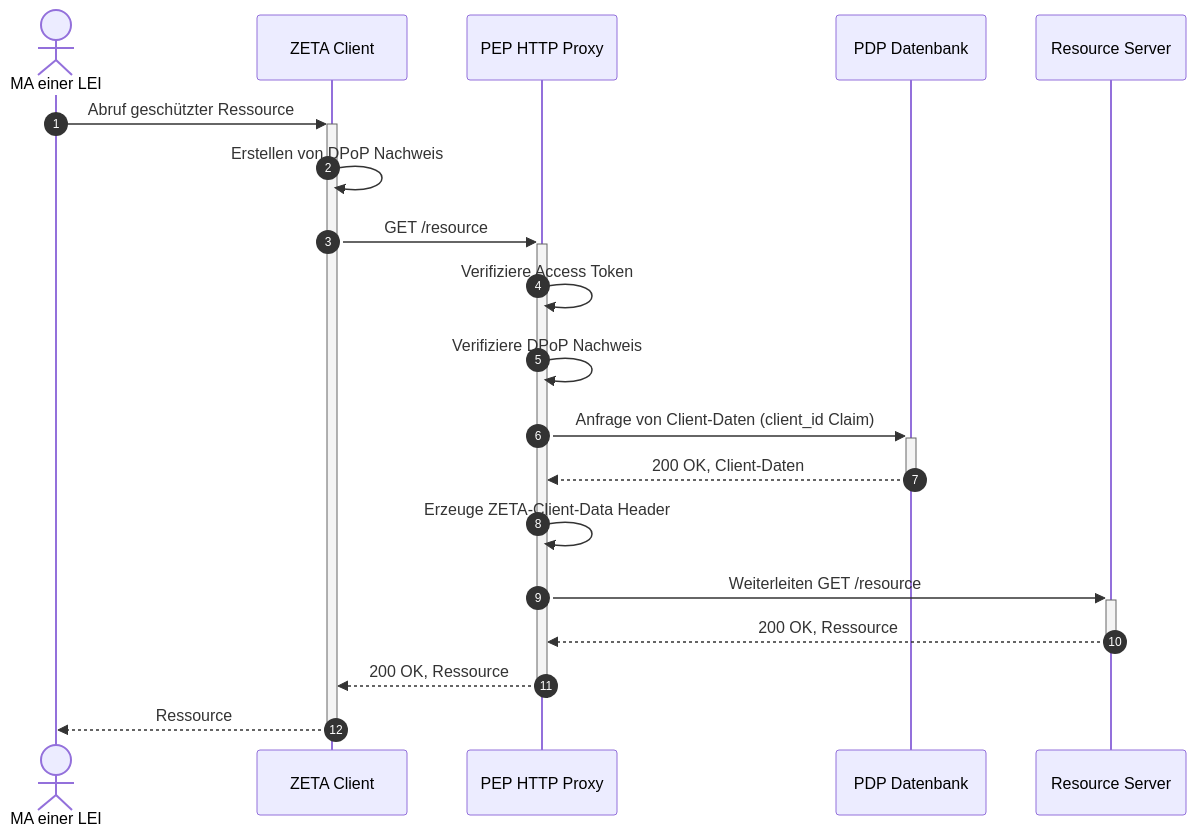
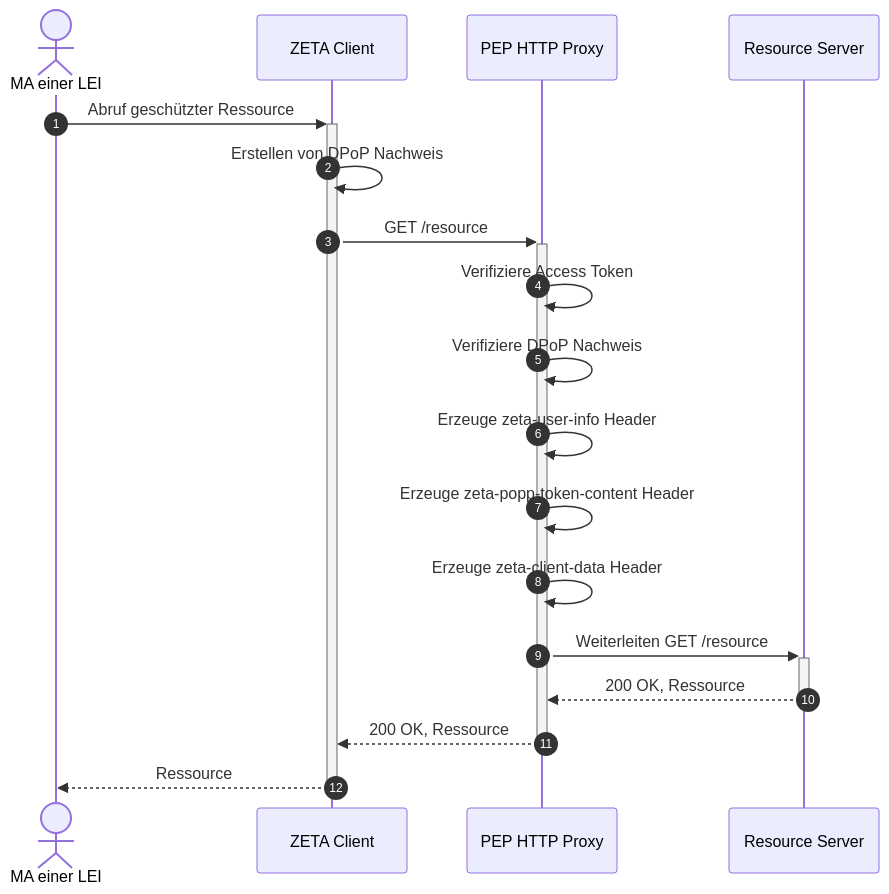
One commit to gematik/zeta-tiger-testsuite changed the diagram in src/test/resources/features/UserStory_01/UseCase_23/readme.adoc. Above: the diagram before and after it, drawn with Mermaid. The commit also changed other lines of this file and 892 other files, not shown here.

```diff
--- a/src/test/resources/features/UserStory_01/UseCase_23/readme.adoc
+++ b/src/test/resources/features/UserStory_01/UseCase_23/readme.adoc
@@ -78,25 +76,24 @@
 [mermaid]
 ....
 sequenceDiagram
     autonumber
 
     actor MA as MA einer LEI
     participant ZC as ZETA Client
     participant PEP-HP as PEP HTTP Proxy
-    participant PDP-DB as PDP Datenbank
     participant RS as Resource Server
 
     MA->>+ZC: Abruf geschützter Ressource
     ZC->>ZC: Erstellen von DPoP Nachweis
     ZC->>+PEP-HP: GET /resource
 
     PEP-HP->>PEP-HP: Verifiziere Access Token
     PEP-HP->>PEP-HP: Verifiziere DPoP Nachweis
-    PEP-HP->>+PDP-DB: Anfrage von Client-Daten (client_id Claim)
-    PDP-DB-->>-PEP-HP: 200 OK, Client-Daten
-    PEP-HP->>PEP-HP: Erzeuge ZETA-Client-Data Header
+    PEP-HP->>PEP-HP: Erzeuge zeta-user-info Header
+    PEP-HP->>PEP-HP: Erzeuge zeta-popp-token-content Header
+    PEP-HP->>PEP-HP: Erzeuge zeta-client-data Header
     PEP-HP->>+RS: Weiterleiten GET /resource
     RS-->>-PEP-HP: 200 OK, Ressource
     PEP-HP-->>-ZC: 200 OK, Ressource
     ZC-->>-MA: Ressource
 ....
```
